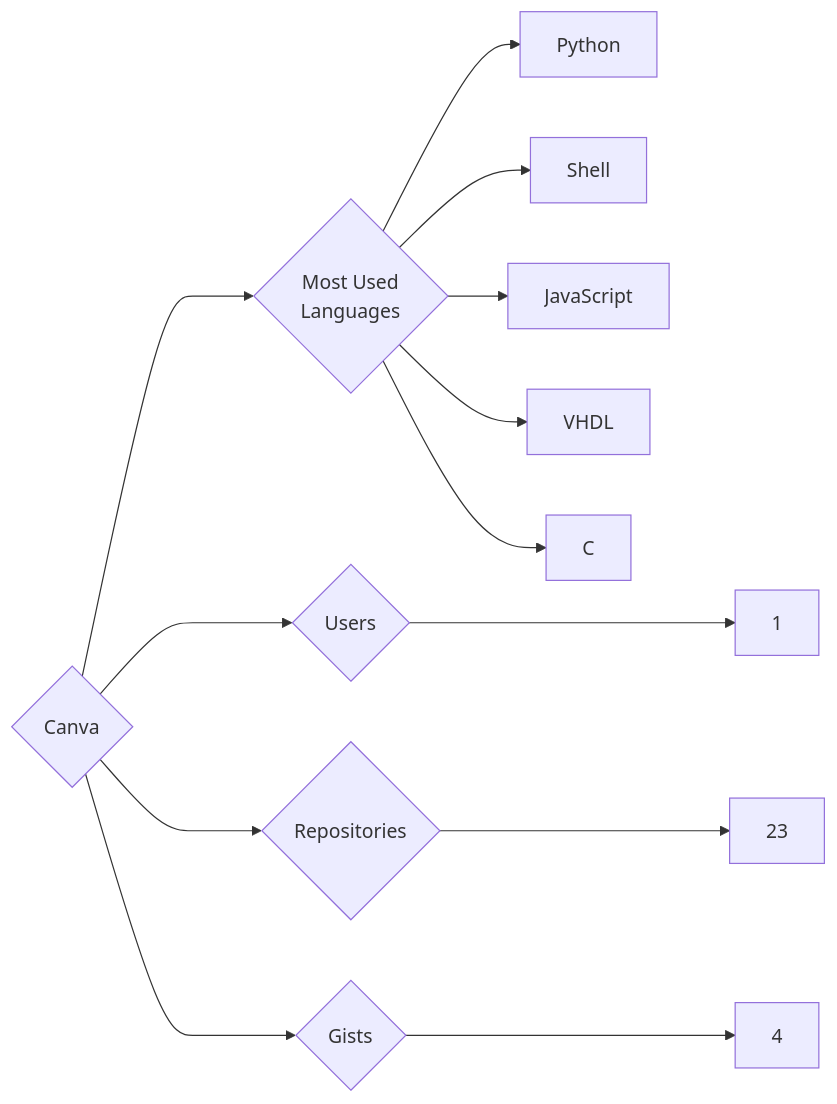
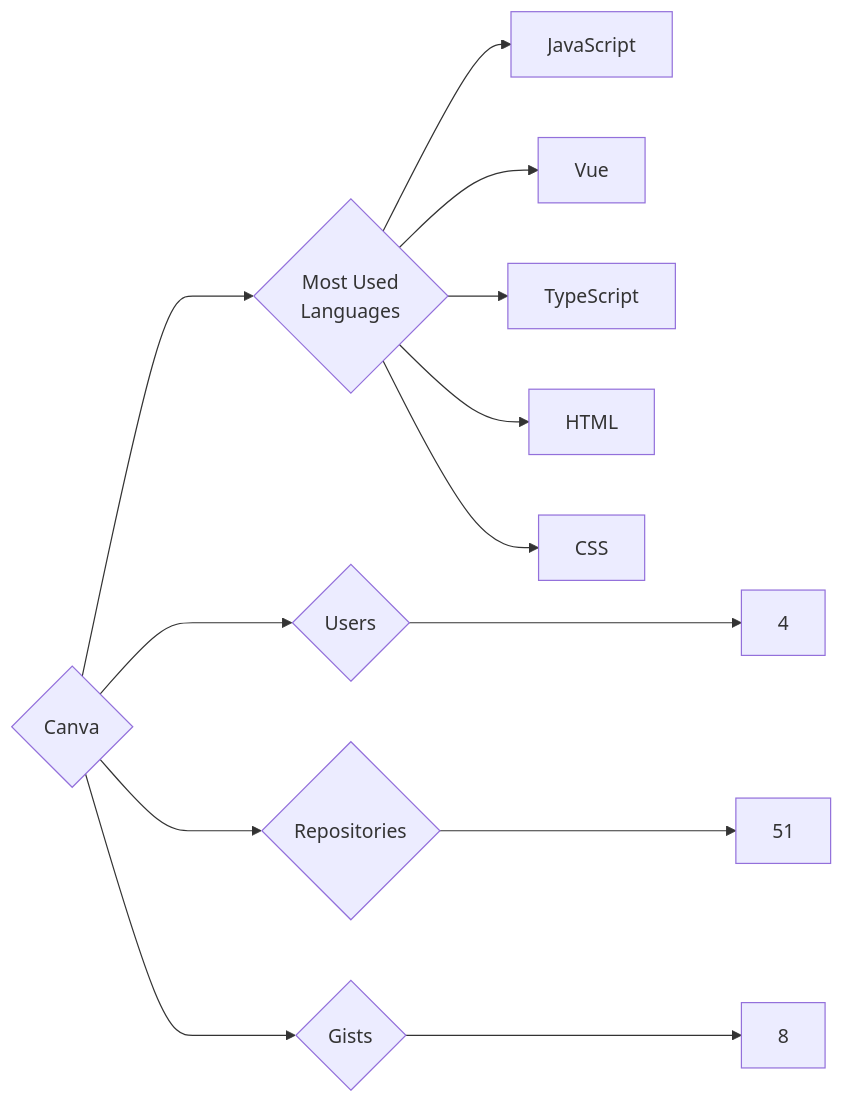
The diagram in targets/Canva/README.md (trickest/insiders), drawn with Mermaid before and after one commit. The commit also changed 1036 other files, not shown here.

````diff
--- a/targets/Canva/README.md
+++ b/targets/Canva/README.md
@@ -3,13 +3,13 @@
 ```mermaid
 graph LR
 COMPANY_NAME{Canva}
-COMPANY_NAME ---> U{Users} ---> UN[1]
-COMPANY_NAME ---> R{Repositories} ---> RN[23]
-COMPANY_NAME ---> G{Gists} ---> GN[4]
+COMPANY_NAME ---> U{Users} ---> UN[4]
+COMPANY_NAME ---> R{Repositories} ---> RN[51]
+COMPANY_NAME ---> G{Gists} ---> GN[8]
 COMPANY_NAME ---> ML{Most Used<br>Languages}
-ML --> Python[Python]
-ML --> Shell[Shell]
 ML --> JavaScript[JavaScript]
-ML --> VHDL[VHDL]
-ML --> C[C]
+ML --> Vue[Vue]
+ML --> TypeScript[TypeScript]
+ML --> HTML[HTML]
+ML --> CSS[CSS]
 ```
````
